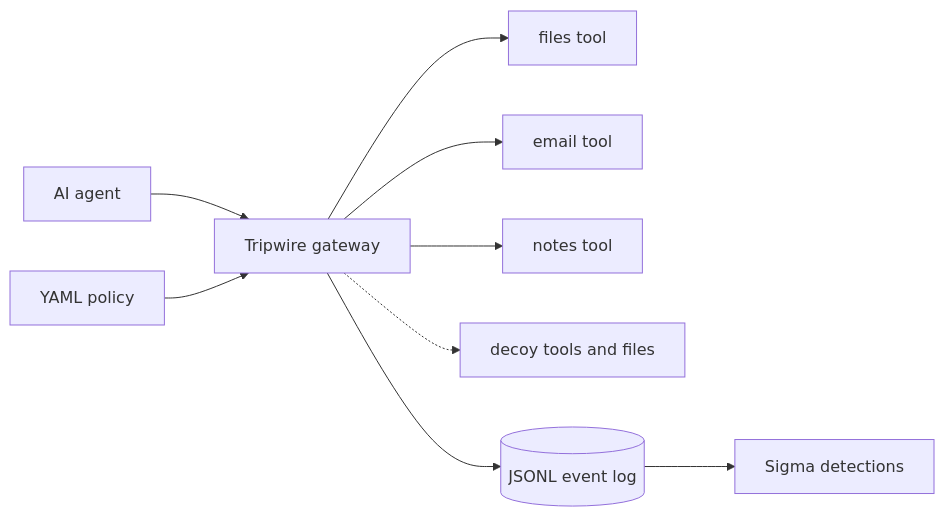
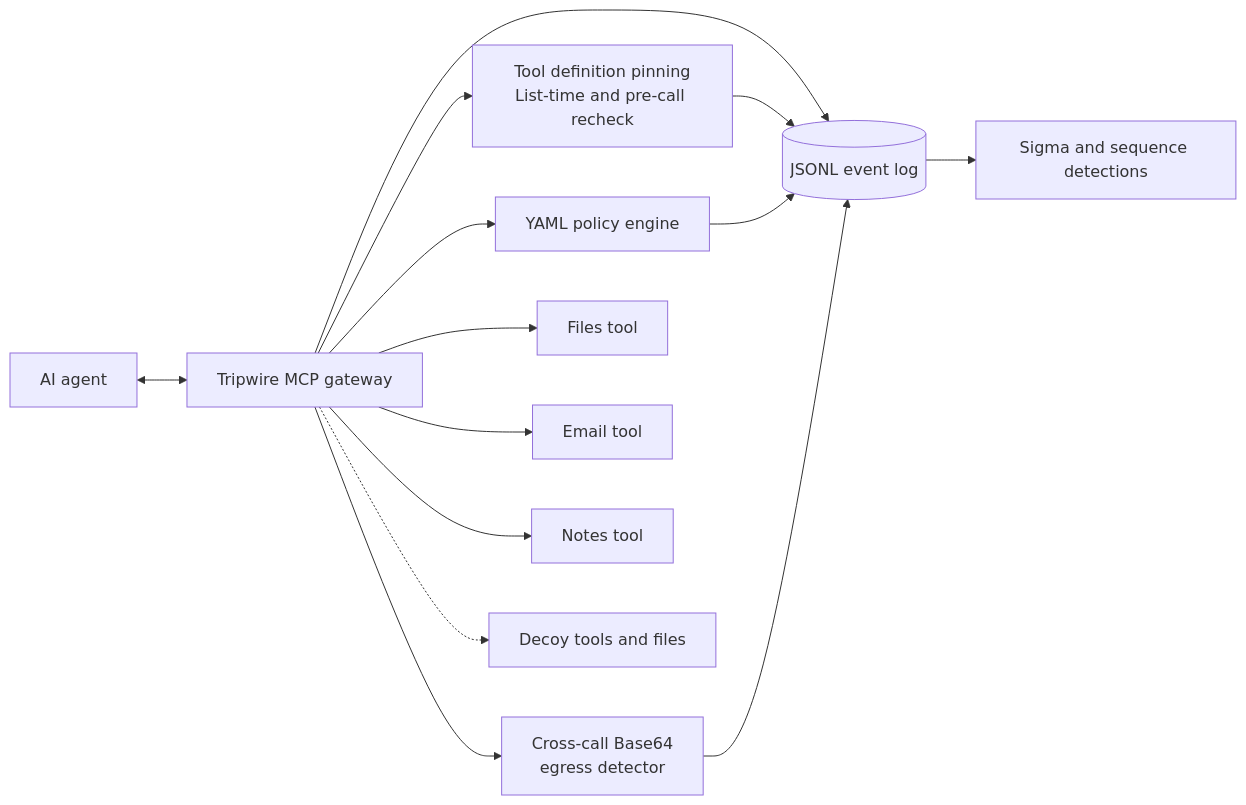
One commit to FCortezSecurity/agent-tripwire changed the diagram in README.md. Above: the diagram before and after it, drawn with Mermaid. The commit also changed other lines of this file, not shown here.

````diff
--- a/README.md
+++ b/README.md
@@ -34,11 +37,18 @@
 ```mermaid
 flowchart LR
-    Agent["AI agent"] --> GW["Tripwire gateway"]
-    GW --> Files["files tool"]
-    GW --> Email["email tool"]
-    GW --> Notes["notes tool"]
-    GW -.-> Decoys["decoy tools and files"]
+    Agent["AI agent"] <--> GW["Tripwire MCP gateway"]
+
+    GW --> Pin["Tool definition pinning<br/>List-time and pre-call recheck"]
+    GW --> Policy["YAML policy engine"]
+    GW --> Egress["Cross-call Base64<br/>egress detector"]
+    GW --> Files["Files tool"]
+    GW --> Email["Email tool"]
+    GW --> Notes["Notes tool"]
+    GW -.-> Decoys["Decoy tools and files"]
+
     GW --> Log[("JSONL event log")]
-    Log --> Rules["Sigma detections"]
-    Policy["YAML policy"] --> GW
+    Pin --> Log
+    Policy --> Log
+    Egress --> Log
+    Log --> Rules["Sigma and sequence detections"]
 ```
````
